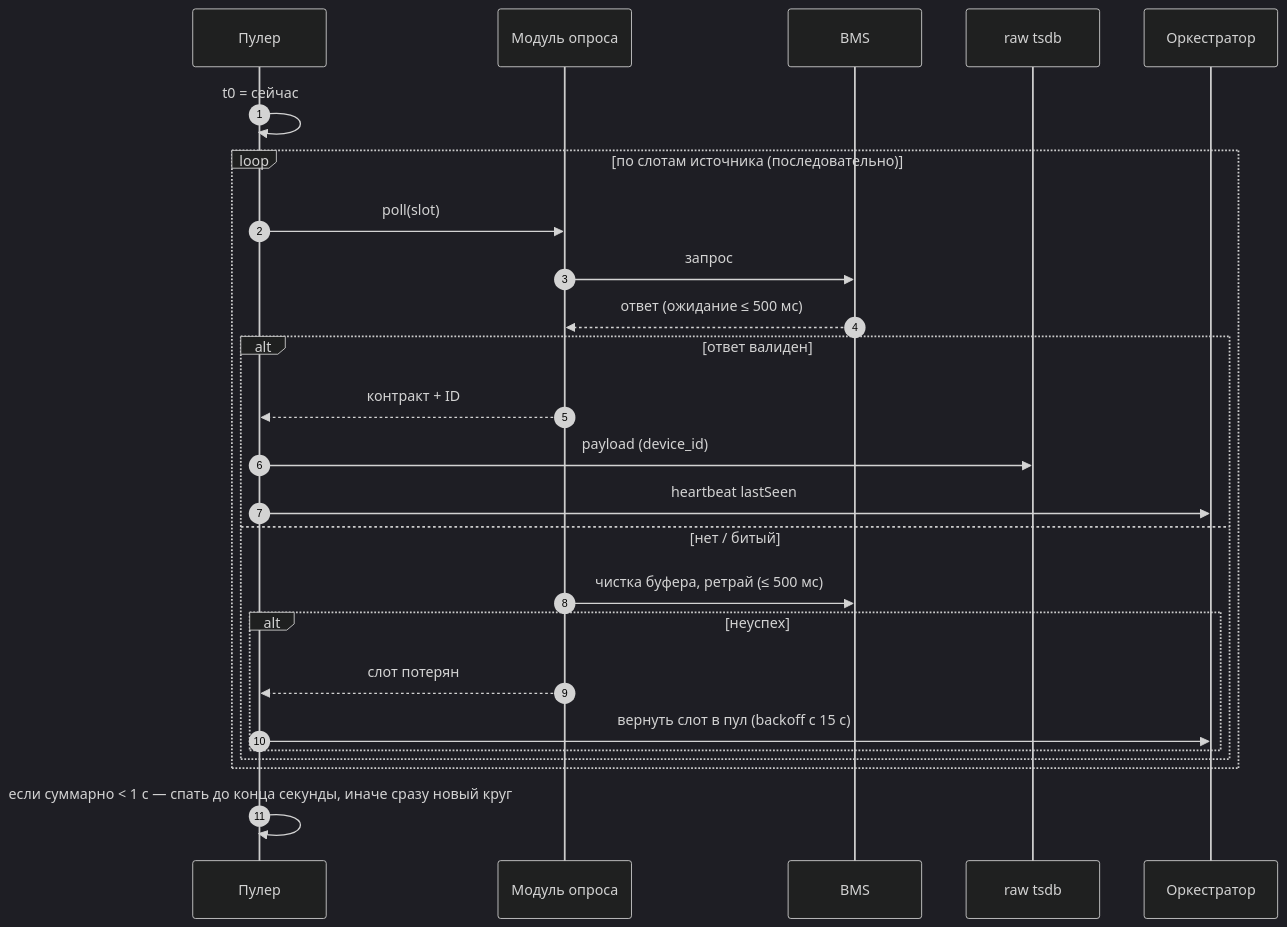
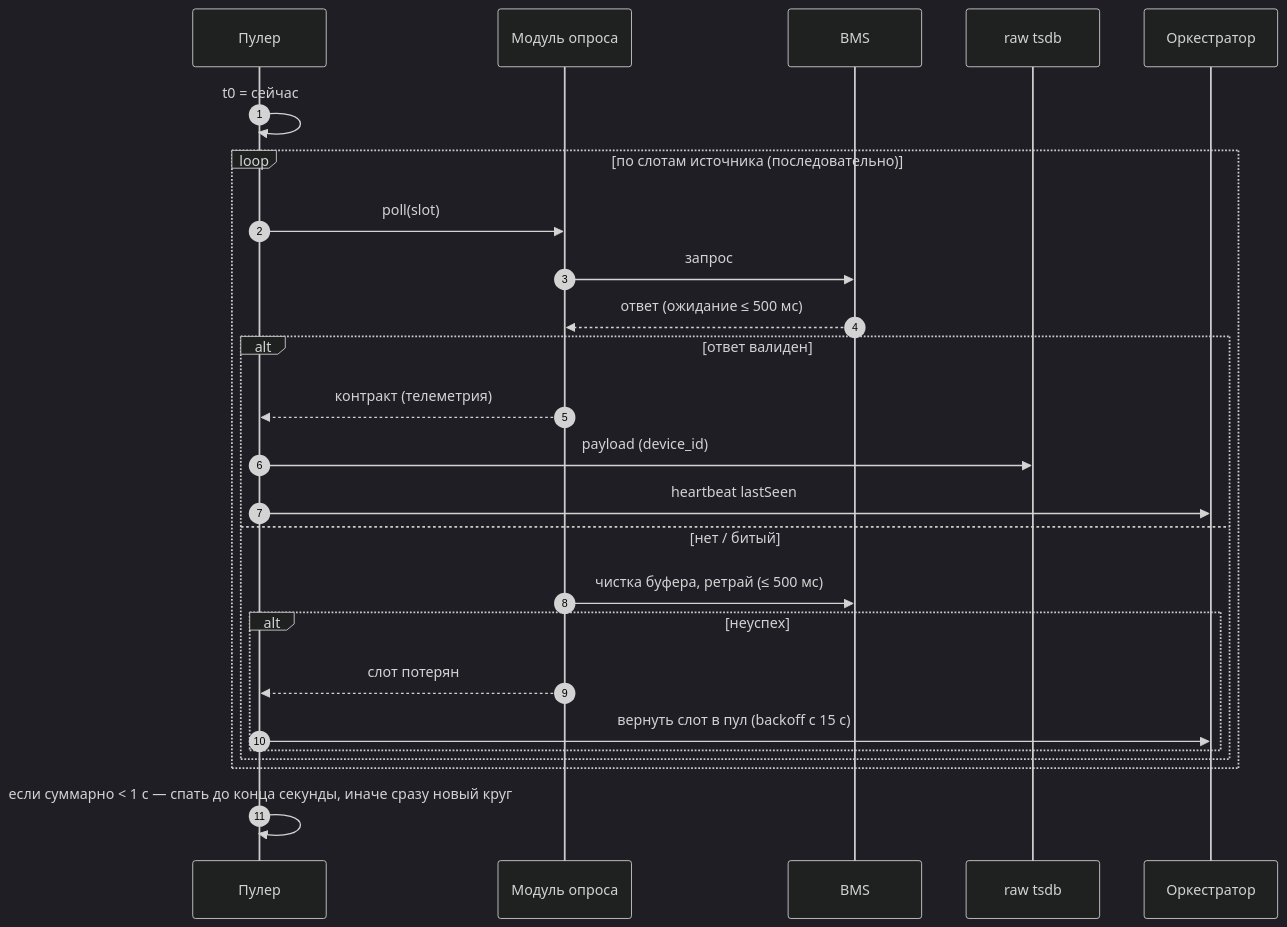
One commit to galiy/malina-26 changed the fourth of 11 diagrams in docs/bms-reader-arch.md. Above: the diagram before and after it, drawn with Mermaid (dark theme). The commit also changed other lines of this file and 37 other files, not shown here.

````diff
--- a/docs/bms-reader-arch.md
+++ b/docs/bms-reader-arch.md
@@ -250,28 +235,28 @@
 ```mermaid
 sequenceDiagram
   autonumber
   participant PL as Пулер
   participant M as Модуль опроса
   participant B as BMS
   participant RAW as raw tsdb
   participant O as Оркестратор
 
   PL->>PL: t0 = сейчас
   loop по слотам источника (последовательно)
     PL->>M: poll(slot)
     M->>B: запрос
     B-->>M: ответ (ожидание ≤ 500 мс)
     alt ответ валиден
-      M-->>PL: контракт + ID
+      M-->>PL: контракт (телеметрия)
       PL->>RAW: payload (device_id)
       PL->>O: heartbeat lastSeen
     else нет / битый
       M->>B: чистка буфера, ретрай (≤ 500 мс)
       alt неуспех
         M-->>PL: слот потерян
         PL->>O: вернуть слот в пул (backoff с 15 с)
       end
     end
   end
   PL->>PL: если суммарно < 1 с — спать до конца секунды, иначе сразу новый круг
 ```
````
